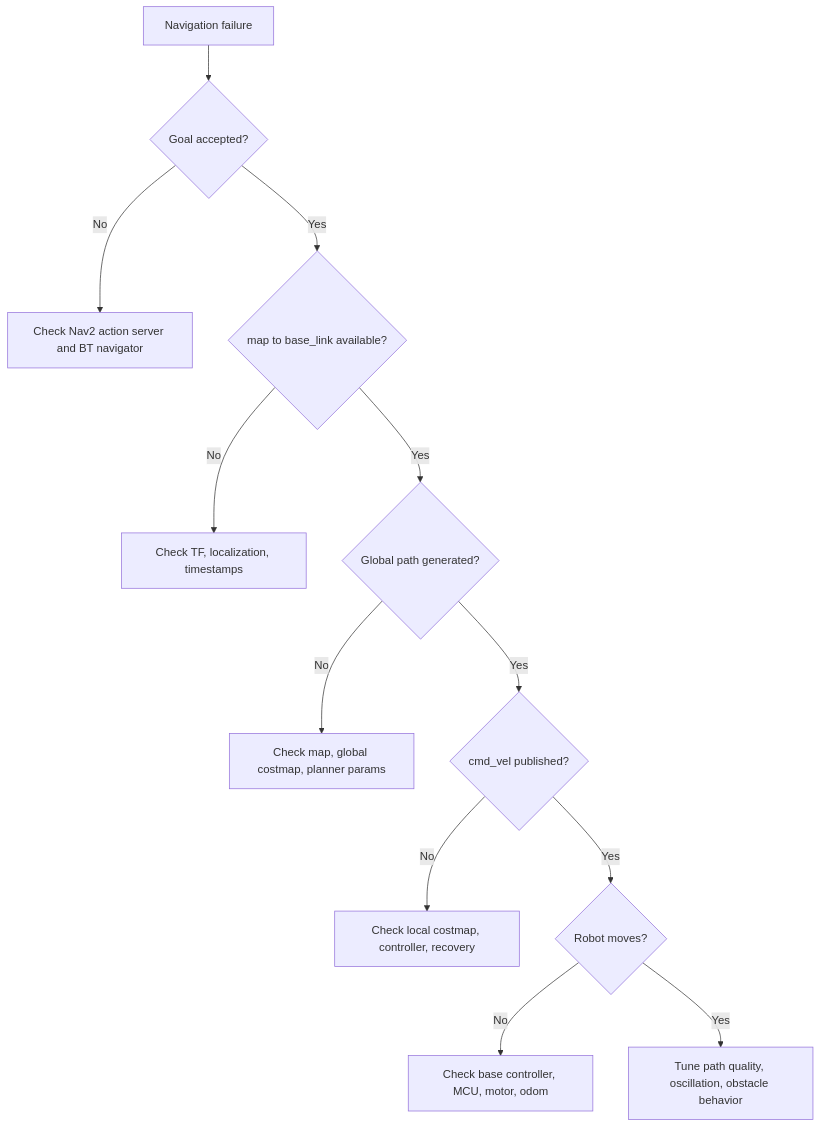
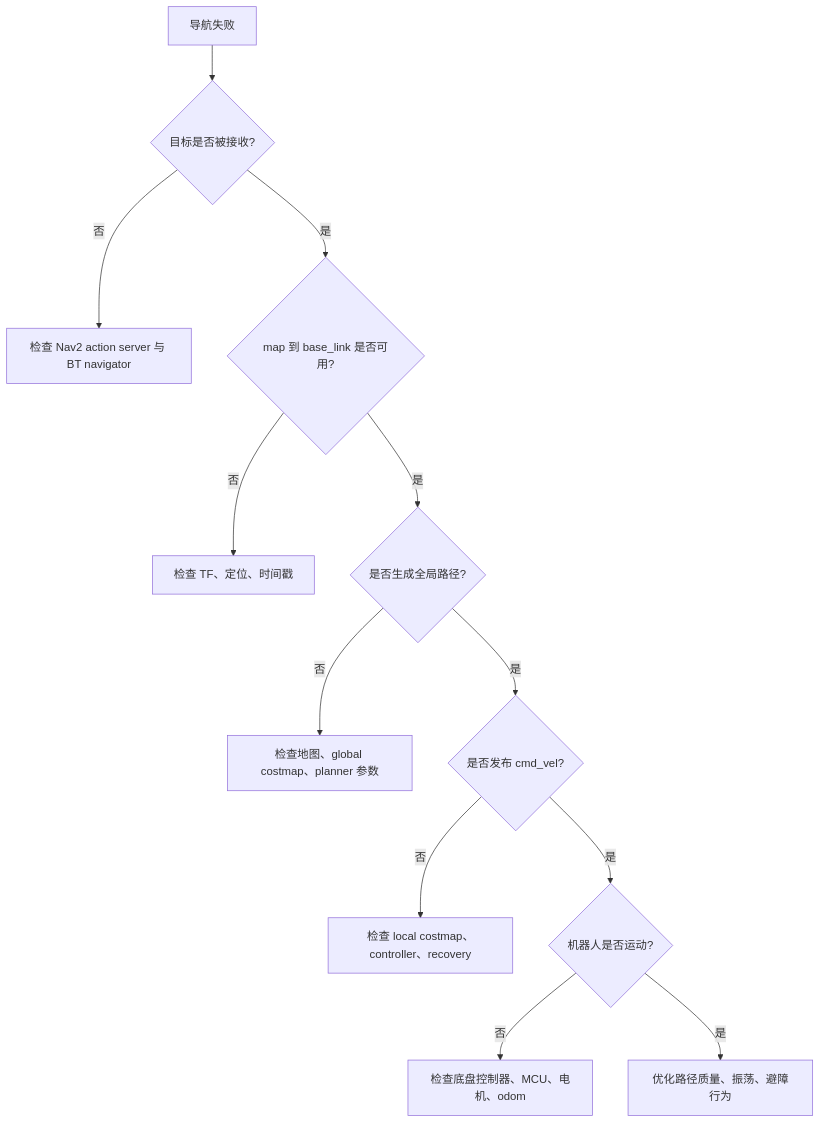
One commit to shimokagela-mk/cusor changed the diagram in robot-knowledge-base/02-ros2/ros2-navigation-debugging.md. Above: the diagram before and after it, drawn with Mermaid. The commit also changed other lines of this file and 14 other files, not shown here.

Commit message:
Translate robot knowledge base to Chinese

````diff
--- a/robot-knowledge-base/02-ros2/ros2-navigation-debugging.md
+++ b/robot-knowledge-base/02-ros2/ros2-navigation-debugging.md
@@ -179,14 +174,14 @@
 ```mermaid
 flowchart TD
-    startNode["Navigation failure"] --> goalReceived{"Goal accepted?"}
-    goalReceived -->|No| actionLayer["Check Nav2 action server and BT navigator"]
-    goalReceived -->|Yes| hasPose{"map to base_link available?"}
-    hasPose -->|No| tfLayer["Check TF, localization, timestamps"]
-    hasPose -->|Yes| hasPath{"Global path generated?"}
-    hasPath -->|No| plannerLayer["Check map, global costmap, planner params"]
-    hasPath -->|Yes| hasCmd{"cmd_vel published?"}
-    hasCmd -->|No| controllerLayer["Check local costmap, controller, recovery"]
-    hasCmd -->|Yes| robotMoves{"Robot moves?"}
-    robotMoves -->|No| baseLayer["Check base controller, MCU, motor, odom"]
-    robotMoves -->|Yes| qualityLayer["Tune path quality, oscillation, obstacle behavior"]
+    startNode["导航失败"] --> goalReceived{"目标是否被接收?"}
+    goalReceived -->|否| actionLayer["检查 Nav2 action server 与 BT navigator"]
+    goalReceived -->|是| hasPose{"map 到 base_link 是否可用?"}
+    hasPose -->|否| tfLayer["检查 TF、定位、时间戳"]
+    hasPose -->|是| hasPath{"是否生成全局路径?"}
+    hasPath -->|否| plannerLayer["检查地图、global costmap、planner 参数"]
+    hasPath -->|是| hasCmd{"是否发布 cmd_vel?"}
+    hasCmd -->|否| controllerLayer["检查 local costmap、controller、recovery"]
+    hasCmd -->|是| robotMoves{"机器人是否运动?"}
+    robotMoves -->|否| baseLayer["检查底盘控制器、MCU、电机、odom"]
+    robotMoves -->|是| qualityLayer["优化路径质量、振荡、避障行为"]
 ```
````
